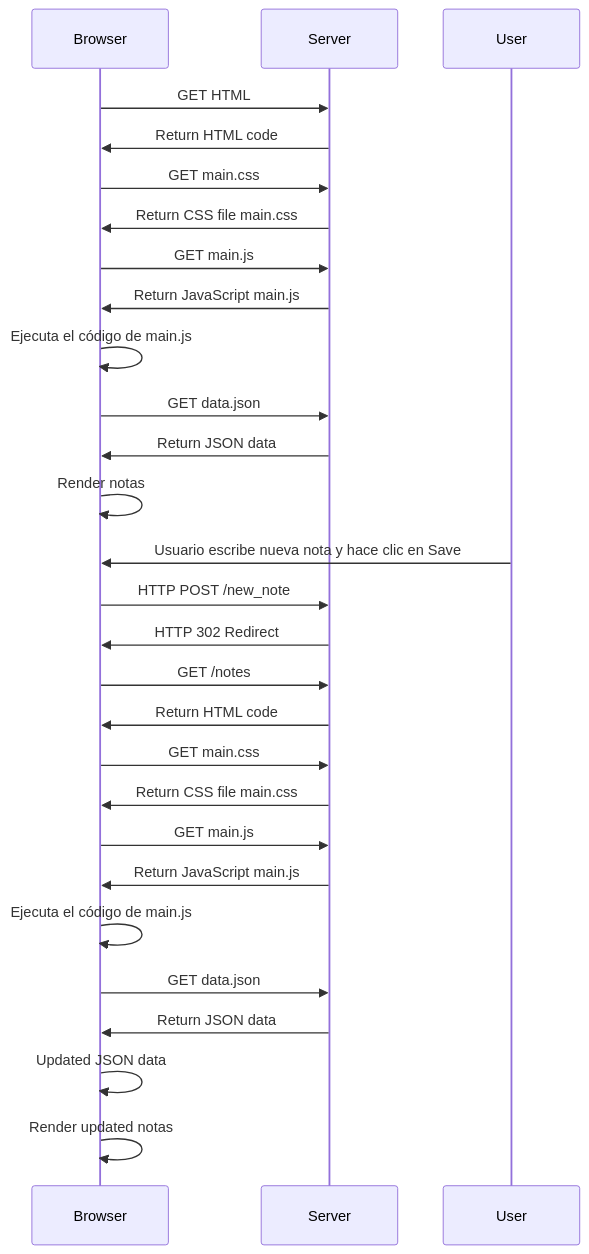
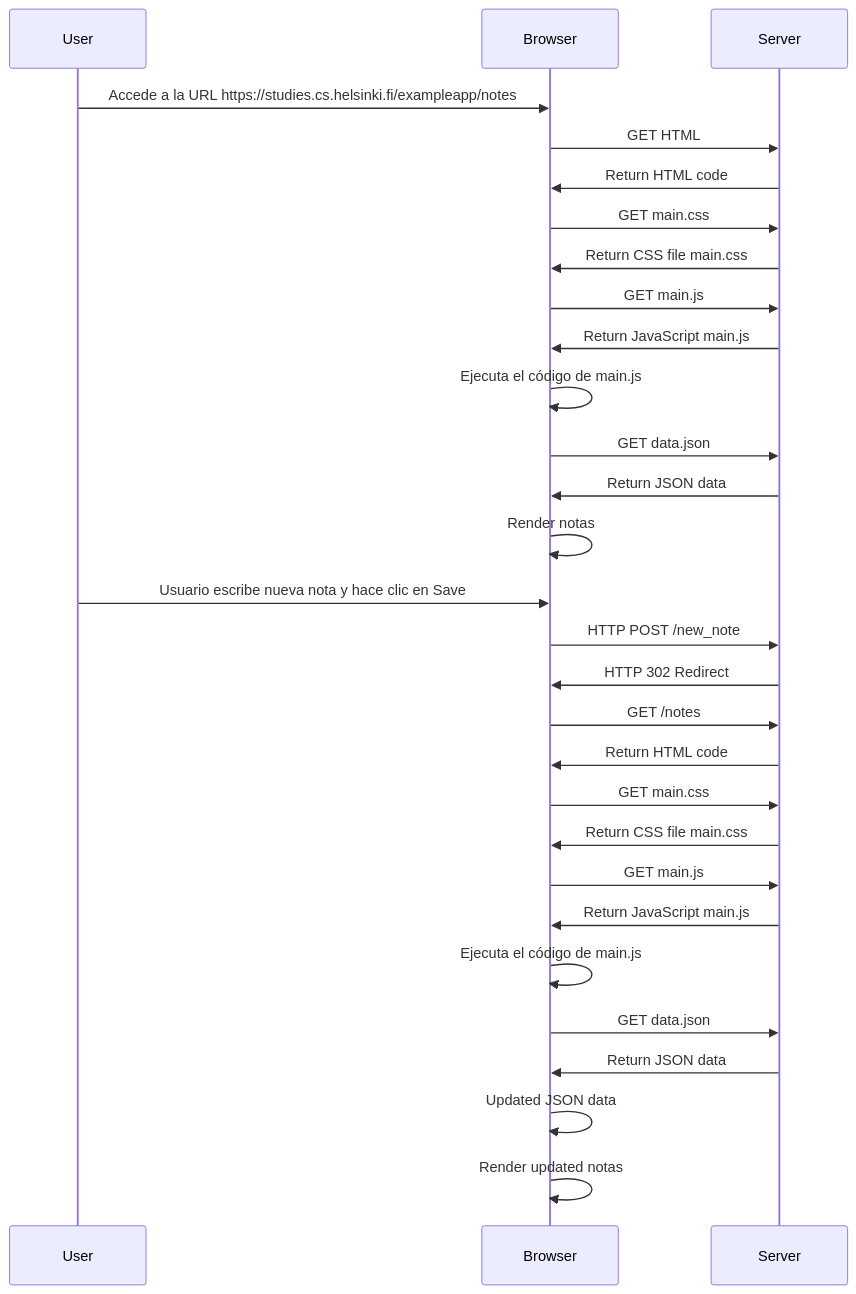
The diagram in secuencia.md (mgarciajust/fullstack-course), drawn with Mermaid before and after one commit.

````diff
--- a/secuencia.md
+++ b/secuencia.md
@@ -1,27 +1,28 @@
 ```mermaid
 sequenceDiagram
+    User->>Browser: Accede a la URL https://studies.cs.helsinki.fi/exampleapp/notes
     Browser->>Server: GET HTML
     Server->>Browser: Return HTML code
     Browser->>Server: GET main.css
     Server->>Browser: Return CSS file main.css
     Browser->>Server: GET main.js
     Server->>Browser: Return JavaScript main.js
     Browser->>Browser: Ejecuta el código de main.js
     Browser->>Server: GET data.json
     Server->>Browser: Return JSON data
     Browser->>Browser: Render notas
     User->>Browser: Usuario escribe nueva nota y hace clic en Save
     Browser->>Server: HTTP POST /new_note
     Server->>Browser: HTTP 302 Redirect
     Browser->>Server: GET /notes
     Server->>Browser: Return HTML code
     Browser->>Server: GET main.css
     Server->>Browser: Return CSS file main.css
     Browser->>Server: GET main.js
     Server->>Browser: Return JavaScript main.js
     Browser->>Browser: Ejecuta el código de main.js
     Browser->>Server: GET data.json
     Server->>Browser: Return JSON data
     Browser->>Browser: Updated JSON data
     Browser->>Browser: Render updated notas
 ```
````
